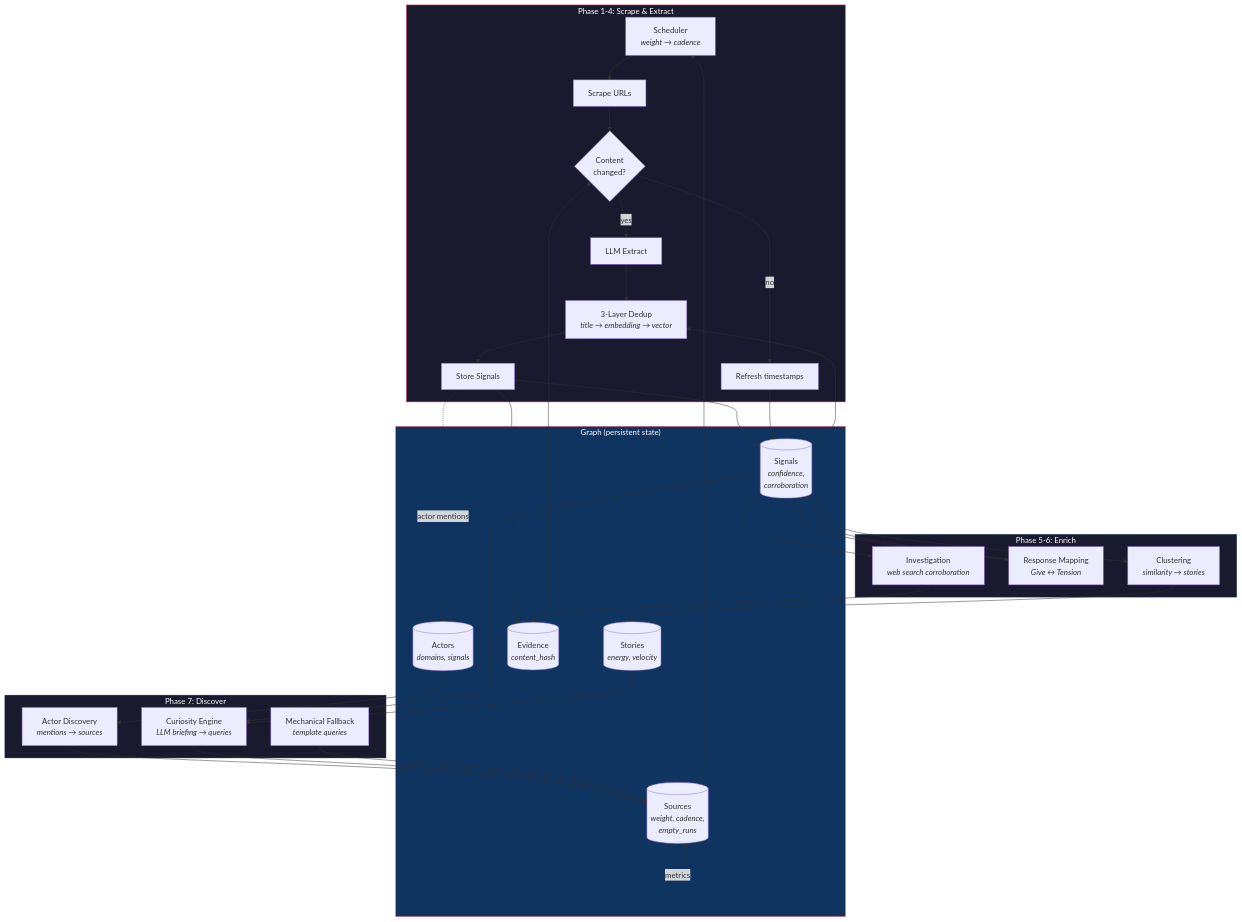
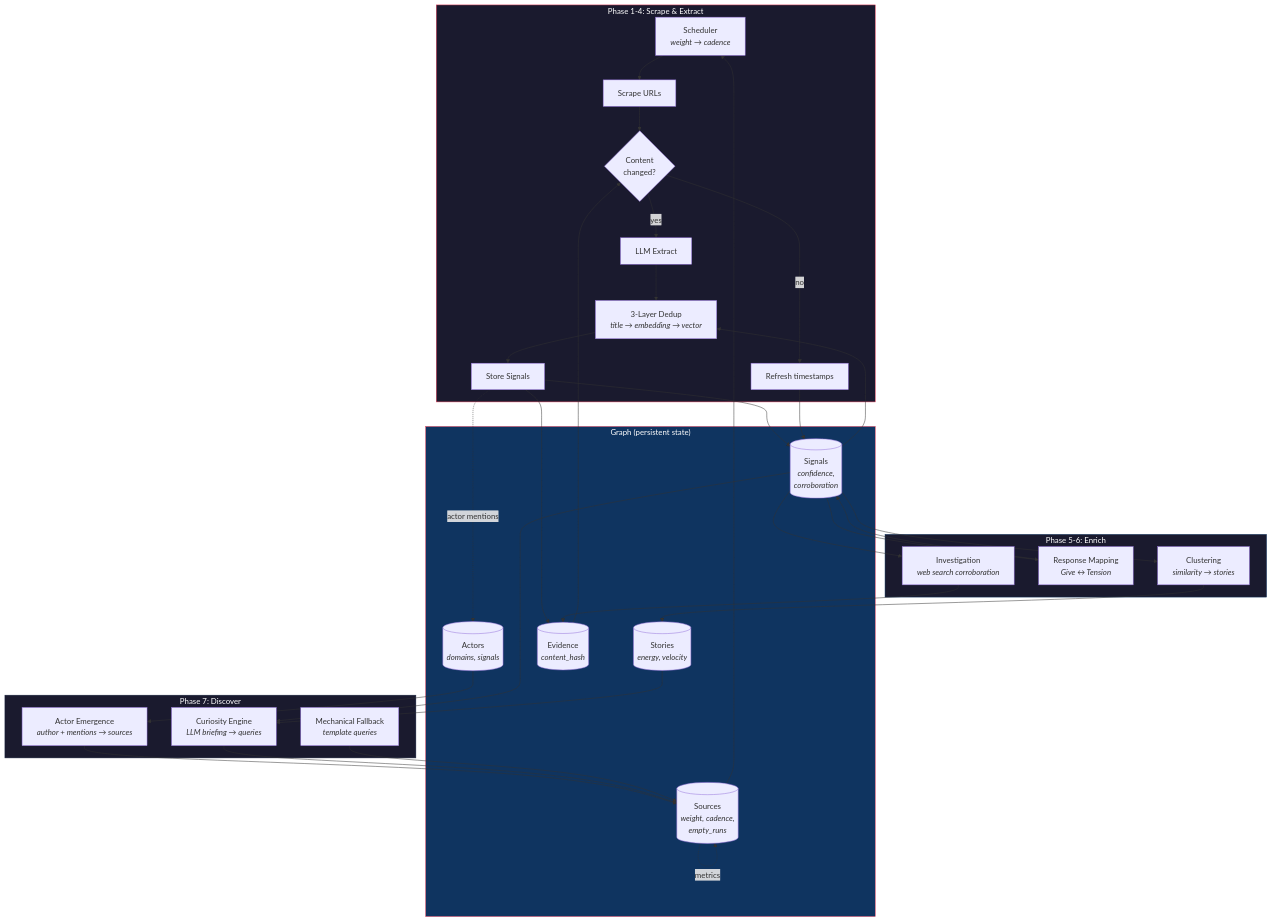
Before and after one commit to fourthplaces/rootsignal: the first of 13 diagrams in docs/architecture/feedback-loops.md, drawn with Mermaid. The commit also changed other lines of this file and 37 other files, not shown here.

First line of the commit message:
refactor(scout): remove ActorDiscovery phase — actors emerge from content

````diff
--- a/docs/architecture/feedback-loops.md
+++ b/docs/architecture/feedback-loops.md
@@ -11,63 +11,63 @@
 ```mermaid
 flowchart TB
     subgraph SCRAPE ["Phase 1-4: Scrape & Extract"]
         Schedule["Scheduler<br/><i>weight → cadence</i>"]
         Scrape["Scrape URLs"]
         Hash{"Content<br/>changed?"}
         Extract["LLM Extract"]
         Dedup["3-Layer Dedup<br/><i>title → embedding → vector</i>"]
         Store["Store Signals"]
 
         Schedule --> Scrape --> Hash
         Hash -- yes --> Extract --> Dedup --> Store
         Hash -- no --> Refresh["Refresh timestamps"]
     end
 
     subgraph ENRICH ["Phase 5-6: Enrich"]
         Cluster["Clustering<br/><i>similarity → stories</i>"]
         Respond["Response Mapping<br/><i>Give ↔ Tension</i>"]
         Investigate["Investigation<br/><i>web search corroboration</i>"]
     end
 
     subgraph DISCOVER ["Phase 7: Discover"]
-        Actors["Actor Discovery<br/><i>mentions → sources</i>"]
+        Actors["Actor Emergence<br/><i>author + mentions → sources</i>"]
         Curiosity["Curiosity Engine<br/><i>LLM briefing → queries</i>"]
         Mechanical["Mechanical Fallback<br/><i>template queries</i>"]
     end
 
     subgraph GRAPH ["Graph (persistent state)"]
         Sources[("Sources<br/><i>weight, cadence,<br/>empty_runs</i>")]
         Signals[("Signals<br/><i>confidence,<br/>corroboration</i>")]
         Stories2[("Stories<br/><i>energy, velocity</i>")]
         ActorNodes[("Actors<br/><i>domains, signals</i>")]
         Evidence[("Evidence<br/><i>content_hash</i>")]
     end
 
     Store --> Signals
     Store --> Evidence
     Refresh --> Signals
     Cluster --> Stories2
     Respond --> Signals
     Investigate --> Evidence
     Actors --> Sources
     Curiosity --> Sources
     Mechanical --> Sources
 
     Sources --> Schedule
     Signals --> Cluster
     Signals --> Respond
     Signals --> Investigate
     Signals --> Curiosity
     Stories2 --> Curiosity
     ActorNodes --> Actors
     Evidence --> Hash
     Store -.->|"actor mentions"| ActorNodes
 
     Signals --> Dedup
     Sources -.->|"metrics"| Sources
 
     style SCRAPE fill:#1a1a2e,stroke:#e94560,color:#fff
     style ENRICH fill:#1a1a2e,stroke:#0f3460,color:#fff
     style DISCOVER fill:#1a1a2e,stroke:#16213e,color:#fff
     style GRAPH fill:#0f3460,stroke:#e94560,color:#fff
 ```
````
